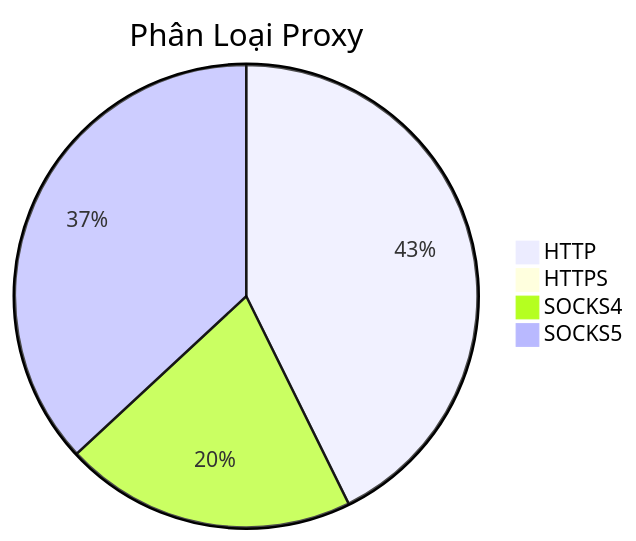
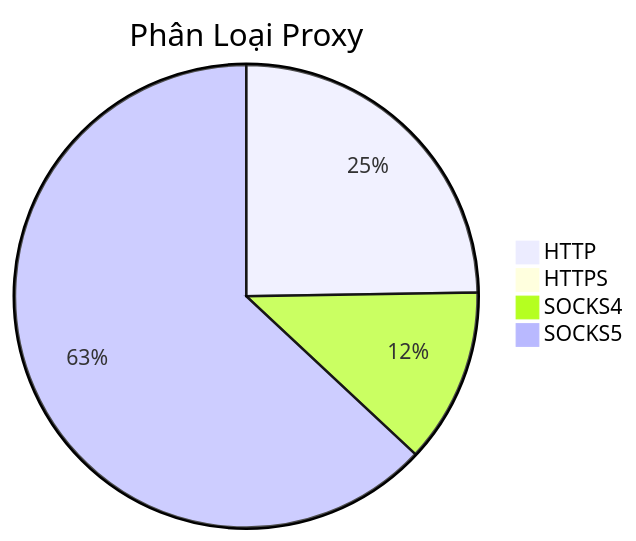
Before and after one commit to Ciara-Aa/PROXY-free: the diagram in README.md, drawn with Mermaid. The commit also changed other lines of this file and 4 other files, not shown here.

````diff
--- a/README.md
+++ b/README.md
@@ -26,7 +26,7 @@
 ```mermaid
 pie title Phân Loại Proxy
-    "HTTP" : 354
-    "HTTPS" : 0
-    "SOCKS4" : 169
-    "SOCKS5" : 306
+    "HTTP" : 371
+    "HTTPS" : 1
+    "SOCKS4" : 183
+    "SOCKS5" : 945
 ```
````
